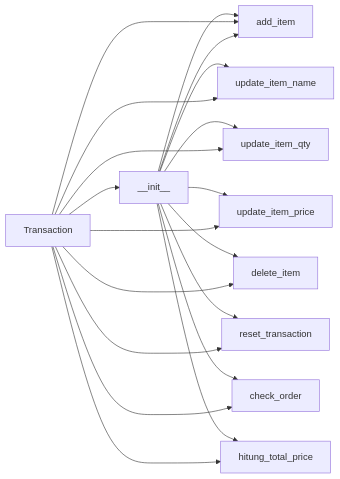
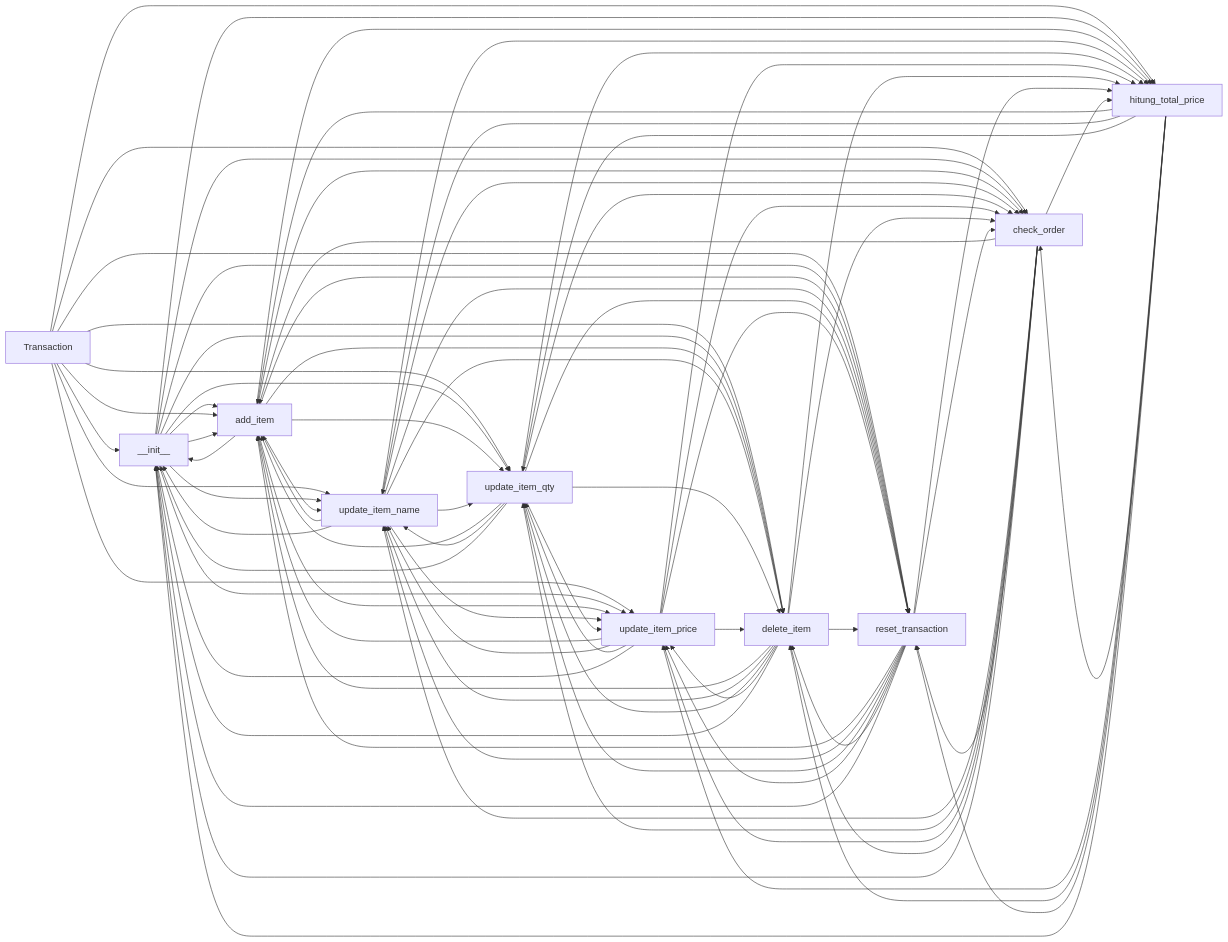
Before and after one commit to zakifathoni/Cashier-Project-Python: the diagram in README.md, drawn with Mermaid.

````diff
--- a/README.md
+++ b/README.md
@@ -23,4 +23,76 @@
 B --> H
 B --> I
 B --> J
+
+C --> B
+C --> D
+C --> E
+C --> F
+C --> G
+C --> H
+C --> I
+C --> J
+
+D --> C
+D --> B
+D --> E
+D --> F
+D --> G
+D --> H
+D --> I
+D --> J
+
+E --> C
+E --> D
+E --> B
+E --> F
+E --> G
+E --> H
+E --> I
+E --> J
+
+F --> C
+F --> D
+F --> E
+F --> B
+F --> G
+F --> H
+F --> I
+F --> J
+
+G --> C
+G --> D
+G --> E
+G --> F
+G --> B
+G --> H
+G --> I
+G --> J
+
+H --> C
+H --> D
+H --> E
+H --> F
+H --> G
+H --> B
+H --> I
+H --> J
+
+I --> C
+I --> D
+I --> E
+I --> F
+I --> G
+I --> H
+I --> B
+I --> J
+
+J --> C
+J --> D
+J --> E
+J --> F
+J --> G
+J --> H
+J --> I
+J --> B
   ```
````
